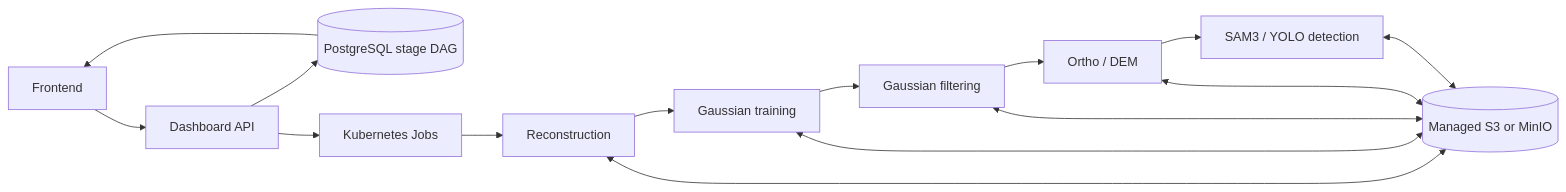
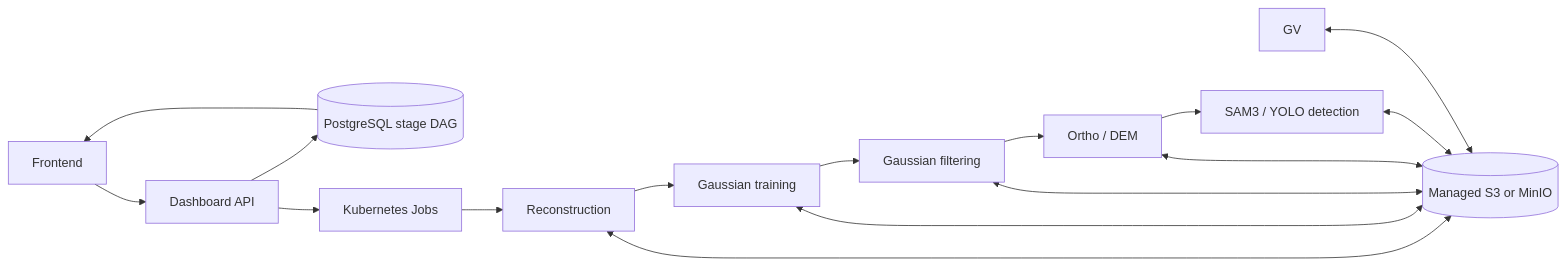
One commit to olivelb/DroneAI changed the diagram in CLOUD_DEPLOYMENT_OVHCLOUD_K3S.md. Above: the diagram before and after it, drawn with Mermaid. The commit also changed other lines of this file and 54 other files, not shown here.

````diff
--- a/CLOUD_DEPLOYMENT_OVHCLOUD_K3S.md
+++ b/CLOUD_DEPLOYMENT_OVHCLOUD_K3S.md
@@ -55,15 +56,16 @@
 ```mermaid
 flowchart LR
     UI["Frontend"] --> API["Dashboard API"]
     API --> DB[("PostgreSQL stage DAG")]
     API --> K8S["Kubernetes Jobs"]
     K8S --> R["Reconstruction"] --> GT["Gaussian training"]
     GT --> GF["Gaussian filtering"] --> RA["Ortho / DEM"]
     RA --> AI["SAM3 / YOLO detection"]
     R <--> S3[("Managed S3 or MinIO")]
     GT <--> S3
     GF <--> S3
     RA <--> S3
     AI <--> S3
+    GV <--> S3
     DB --> UI
 ```
````
